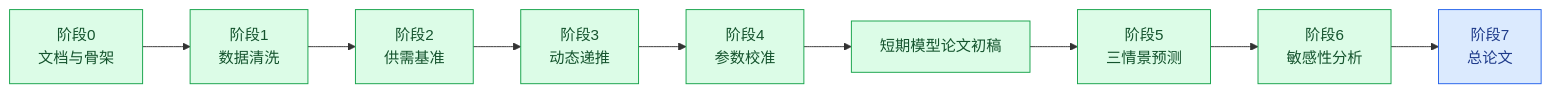
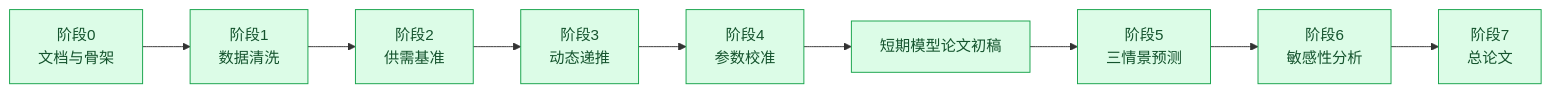
The diagram in docs/00_文档导航.md (Timcai06/-A-), drawn with Mermaid before and after one commit. The commit also changed other lines of this file and 9 other files, not shown here.

````diff
--- a/docs/00_文档导航.md
+++ b/docs/00_文档导航.md
@@ -49,24 +52,24 @@
 ```mermaid
 flowchart LR
     A["阶段0<br/>文档与骨架"] --> B["阶段1<br/>数据清洗"]
     B --> C["阶段2<br/>供需基准"]
     C --> D["阶段3<br/>动态递推"]
     D --> E["阶段4<br/>参数校准"]
     E --> P0["短期模型论文初稿"]
     P0 --> F["阶段5<br/>三情景预测"]
     F --> G["阶段6<br/>敏感性分析"]
     G --> H["阶段7<br/>总论文"]
 
     A:::done
     B:::done
     C:::done
     D:::done
     E:::done
     P0:::done
     F:::done
     G:::done
-    H:::next
+    H:::done
 
     classDef done fill:#dcfce7,stroke:#16a34a,color:#14532d
     classDef next fill:#dbeafe,stroke:#2563eb,color:#1e3a8a
 ```
````
